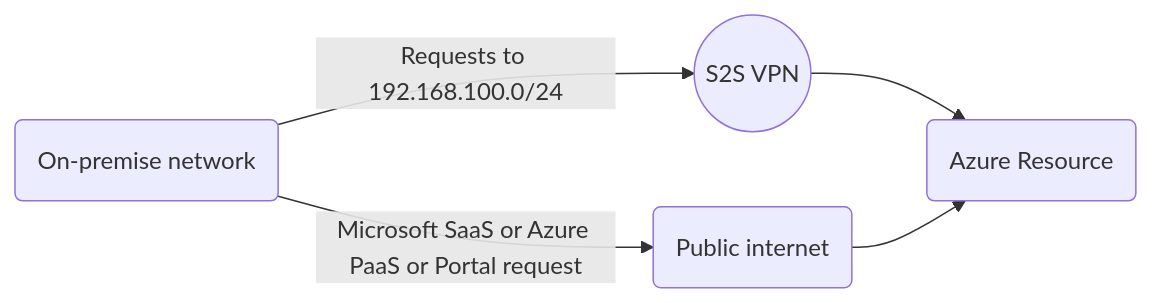
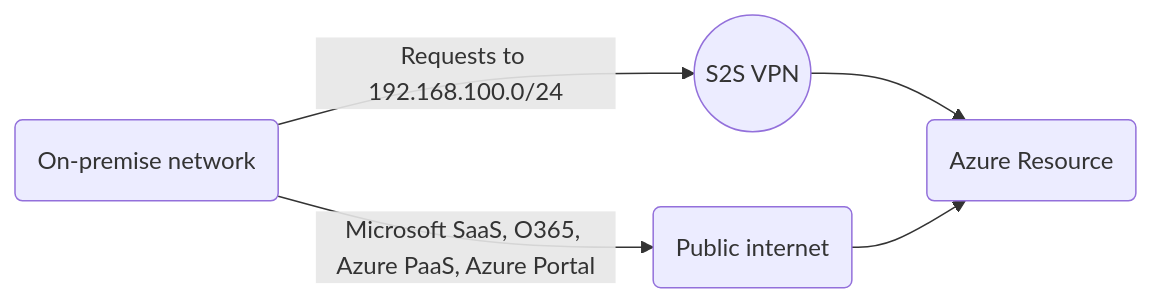
Before and after one commit to bigtoga/Examples: the first of 6 diagrams in Cloud - Azure/Azure Virtual Networks/ExpressRoute and S2S VPN.md, drawn with Mermaid. The commit also changed other lines of this file, not shown here.

Commit message:
Update ExpressRoute and S2S VPN.md

````diff
--- a/Cloud - Azure/Azure Virtual Networks/ExpressRoute and S2S VPN.md
+++ b/Cloud - Azure/Azure Virtual Networks/ExpressRoute and S2S VPN.md
@@ -62,7 +62,7 @@
 ```mermaid
 graph LR
     A(On-premise network) -- Requests to 192.168.100.0/24 --> B((S2S VPN))
     B --> C(Azure Resource)
-    A -- Microsoft SaaS or Azure PaaS or Portal request --> E(Public internet)
+    A -- Microsoft SaaS, O365, Azure PaaS, Azure Portal --> E(Public internet)
     E --> C
 ```    
````
